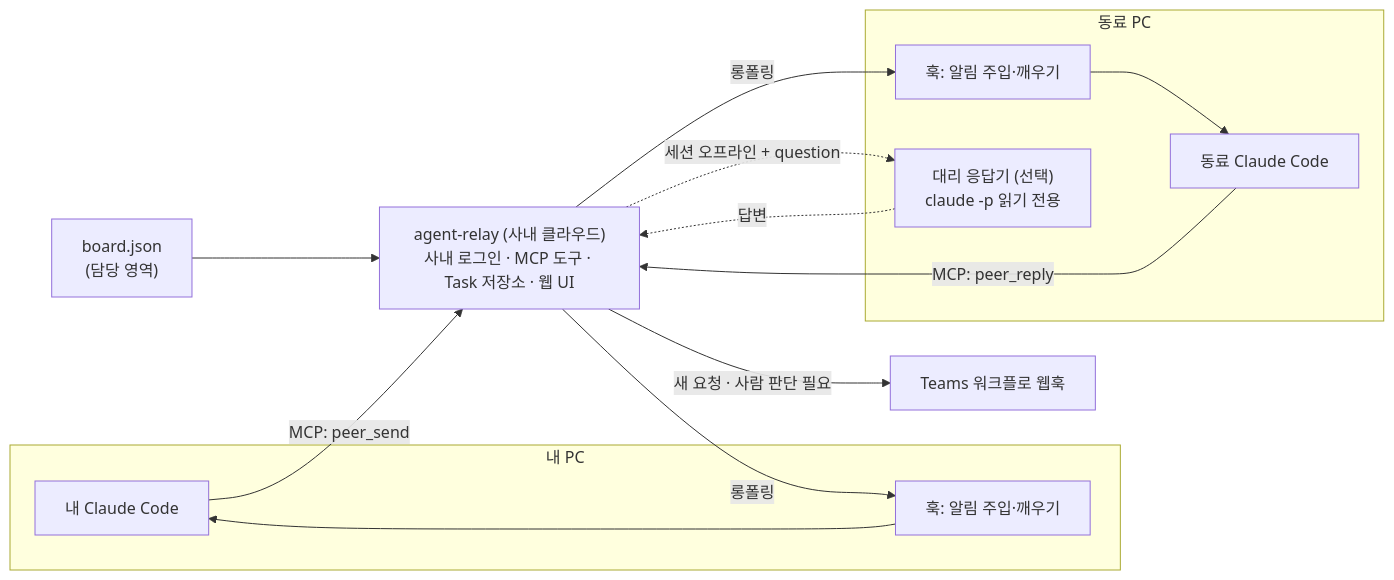
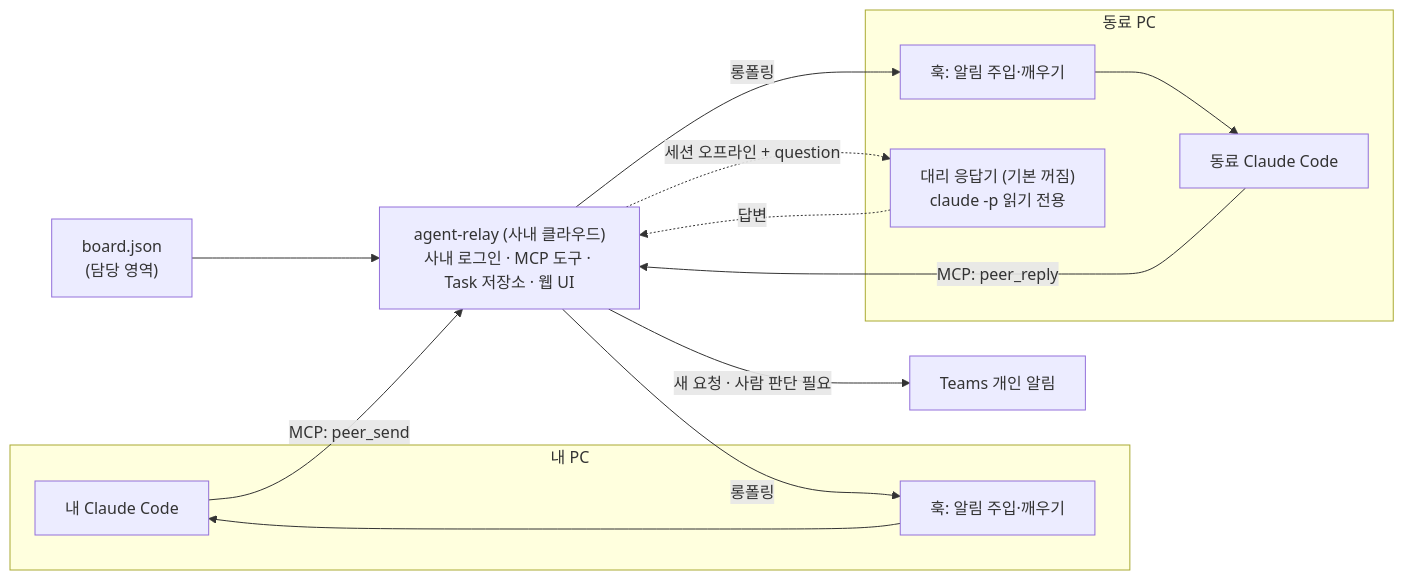
The second of 3 diagrams in docs/designs/0002-peer-agent-messaging.md (jungrok5/ai-code-collaboration-best-practices), drawn with Mermaid before and after one commit. The commit also changed other lines of this file, not shown here.

````diff
--- a/docs/designs/0002-peer-agent-messaging.md
+++ b/docs/designs/0002-peer-agent-messaging.md
@@ -39,22 +39,22 @@
 ```mermaid
 flowchart LR
   subgraph Me["내 PC"]
     AA[내 Claude Code]
     AH["훅: 알림 주입·깨우기"]
   end
   subgraph Peer["동료 PC"]
     BA[동료 Claude Code]
     BH["훅: 알림 주입·깨우기"]
-    PX["대리 응답기 (선택)<br/>claude -p 읽기 전용"]
+    PX["대리 응답기 (기본 꺼짐)<br/>claude -p 읽기 전용"]
   end
   R["agent-relay (사내 클라우드)<br/>사내 로그인 · MCP 도구 · Task 저장소 · 웹 UI"]
   BJ["board.json<br/>(담당 영역)"]
-  T["Teams 워크플로 웹훅"]
+  T["Teams 개인 알림"]
   AA -- "MCP: peer_send" --> R
   R -- 롱폴링 --> AH --> AA
   R -- 롱폴링 --> BH --> BA
   BA -- "MCP: peer_reply" --> R
   R -. "세션 오프라인 + question" .-> PX -. 답변 .-> R
   BJ --> R
   R -- "새 요청 · 사람 판단 필요" --> T
 ```
````
